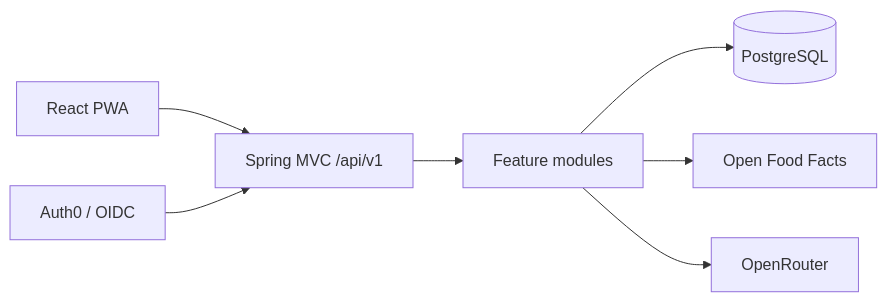
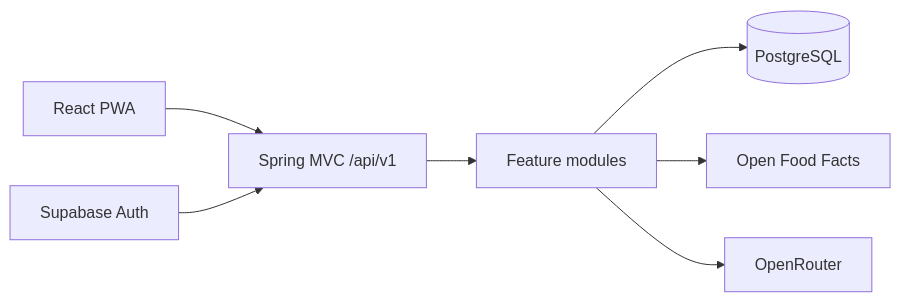
The first of 3 diagrams in docs/architecture.md (gronnmann/MacroSaurus), drawn with Mermaid before and after one commit. The commit also changed other lines of this file and 73 other files, not shown here.

````diff
--- a/docs/architecture.md
+++ b/docs/architecture.md
@@ -13,9 +13,9 @@
 ```mermaid
 flowchart LR
     Web[React PWA] --> API[Spring MVC /api/v1]
     API --> Modules[Feature modules]
     Modules --> DB[(PostgreSQL)]
     Modules --> OFF[Open Food Facts]
     Modules --> OR[OpenRouter]
-    Auth[Auth0 / OIDC] --> API
+    Auth[Supabase Auth] --> API
 ```
````
